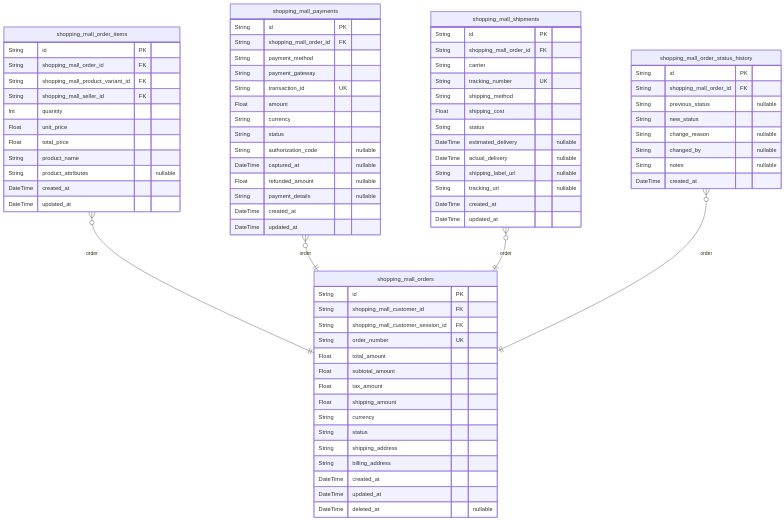
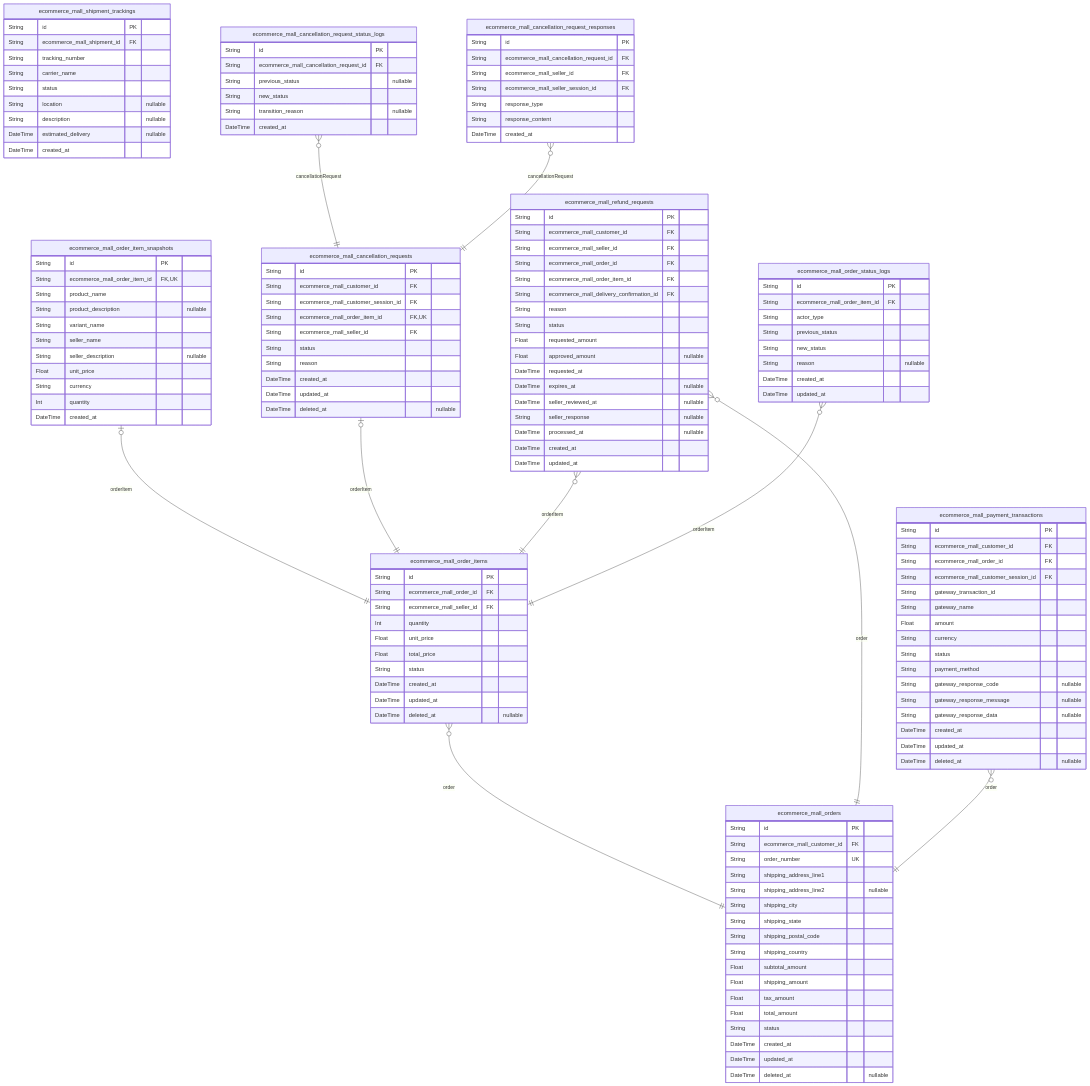
Before and after one commit to wrtnlabs/autobe-examples: the sixth of 10 diagrams in deepseek/deepseek-v3.1-terminus-exacto/shopping/docs/ERD.md, drawn with Mermaid. The commit also changed other lines of this file and 9391 other files, not shown here.

````diff
--- a/deepseek/deepseek-v3.1-terminus-exacto/shopping/docs/ERD.md
+++ b/deepseek/deepseek-v3.1-terminus-exacto/shopping/docs/ERD.md
@@ -901,78 +3053,143 @@
 ```mermaid
 erDiagram
-"shopping_mall_orders" {
+"ecommerce_mall_orders" {
   String id PK
-  String shopping_mall_customer_id FK
-  String shopping_mall_customer_session_id FK
+  String ecommerce_mall_customer_id FK
   String order_number UK
+  String shipping_address_line1
+  String shipping_address_line2 "nullable"
+  String shipping_city
+  String shipping_state
+  String shipping_postal_code
+  String shipping_country
+  Float subtotal_amount
+  Float shipping_amount
+  Float tax_amount
   Float total_amount
-  Float subtotal_amount
-  Float tax_amount
-  Float shipping_amount
-  String currency
   String status
-  String shipping_address
-  String billing_address
   DateTime created_at
   DateTime updated_at
   DateTime deleted_at "nullable"
 }
-"shopping_mall_order_items" {
+"ecommerce_mall_order_items" {
   String id PK
-  String shopping_mall_order_id FK
-  String shopping_mall_product_variant_id FK
-  String shopping_mall_seller_id FK
+  String ecommerce_mall_order_id FK
+  String ecommerce_mall_seller_id FK
   Int quantity
   Float unit_price
   Float total_price
+  String status
+  DateTime created_at
+  DateTime updated_at
+  DateTime deleted_at "nullable"
+}
+"ecommerce_mall_order_item_snapshots" {
+  String id PK
+  String ecommerce_mall_order_item_id FK,UK
   String product_name
-  String product_attributes "nullable"
+  String product_description "nullable"
+  String variant_name
+  String seller_name
+  String seller_description "nullable"
+  Float unit_price
+  String currency
+  Int quantity
+  DateTime created_at
+}
+"ecommerce_mall_shipment_trackings" {
+  String id PK
+  String ecommerce_mall_shipment_id FK
+  String tracking_number
+  String carrier_name
+  String status
+  String location "nullable"
+  String description "nullable"
+  DateTime estimated_delivery "nullable"
+  DateTime created_at
+}
+"ecommerce_mall_cancellation_requests" {
+  String id PK
+  String ecommerce_mall_customer_id FK
+  String ecommerce_mall_customer_session_id FK
+  String ecommerce_mall_order_item_id FK,UK
+  String ecommerce_mall_seller_id FK
+  String status
+  String reason
+  DateTime created_at
+  DateTime updated_at
+  DateTime deleted_at "nullable"
+}
+"ecommerce_mall_cancellation_request_status_logs" {
+  String id PK
+  String ecommerce_mall_cancellation_request_id FK
+  String previous_status "nullable"
+  String new_status
+  String transition_reason "nullable"
+  DateTime created_at
+}
+"ecommerce_mall_cancellation_request_responses" {
+  String id PK
+  String ecommerce_mall_cancellation_request_id FK
+  String ecommerce_mall_seller_id FK
+  String ecommerce_mall_seller_session_id FK
+  String response_type
+  String response_content
+  DateTime created_at
+}
+"ecommerce_mall_refund_requests" {
+  String id PK
+  String ecommerce_mall_customer_id FK
+  String ecommerce_mall_seller_id FK
+  String ecommerce_mall_order_id FK
+  String ecommerce_mall_order_item_id FK
+  String ecommerce_mall_delivery_confirmation_id FK
+  String reason
+  String status
+  Float requested_amount
+  Float approved_amount "nullable"
+  DateTime requested_at
+  DateTime expires_at "nullable"
+  DateTime seller_reviewed_at "nullable"
+  String seller_response "nullable"
+  DateTime processed_at "nullable"
   DateTime created_at
   DateTime updated_at
 }
-"shopping_mall_payments" {
+"ecommerce_mall_order_status_logs" {
   String id PK
-  String shopping_mall_order_id FK
-  String payment_method
-  String payment_gateway
-  String transaction_id UK
+  String ecommerce_mall_order_item_id FK
+  String actor_type
+  String previous_status
+  String new_status
+  String reason "nullable"
+  DateTime created_at
+  DateTime updated_at
+}
+"ecommerce_mall_payment_transactions" {
+  String id PK
+  String ecommerce_mall_customer_id FK
+  String ecommerce_mall_order_id FK
+  String ecommerce_mall_customer_session_id FK
+  String gateway_transaction_id
+  String gateway_name
   Float amount
   String currency
   String status
-  String authorization_code "nullable"
-  DateTime captured_at "nullable"
-  Float refunded_amount "nullable"
-  String payment_details "nullable"
+  String payment_method
+  String gateway_response_code "nullable"
+  String gateway_response_message "nullable"
+  String gateway_response_data "nullable"
   DateTime created_at
   DateTime updated_at
+  DateTime deleted_at "nullable"
 }
-"shopping_mall_shipments" {
-  String id PK
-  String shopping_mall_order_id FK
-  String carrier
-  String tracking_number UK
-  String shipping_method
-  Float shipping_cost
-  String status
-  DateTime estimated_delivery "nullable"
-  DateTime actual_delivery "nullable"
-  String shipping_label_url "nullable"
-  String tracking_url "nullable"
-  DateTime created_at
-  DateTime updated_at
-}
-"shopping_mall_order_status_history" {
-  String id PK
-  String shopping_mall_order_id FK
-  String previous_status "nullable"
-  String new_status
-  String change_reason "nullable"
-  String changed_by "nullable"
-  String notes "nullable"
-  DateTime created_at
-}
-"shopping_mall_order_items" }o--|| "shopping_mall_orders" : order
-"shopping_mall_payments" }o--|| "shopping_mall_orders" : order
-"shopping_mall_shipments" }o--|| "shopping_mall_orders" : order
-"shopping_mall_order_status_history" }o--|| "shopping_mall_orders" : order
+"ecommerce_mall_order_items" }o--|| "ecommerce_mall_orders" : order
+"ecommerce_mall_order_item_snapshots" |o--|| "ecommerce_mall_order_items" : orderItem
+"ecommerce_mall_cancellation_requests" |o--|| "ecommerce_mall_order_items" : orderItem
+"ecommerce_mall_cancellation_request_status_logs" }o--|| "ecommerce_mall_cancellation_requests" : cancellationRequest
+"ecommerce_mall_cancellation_request_responses" }o--|| "ecommerce_mall_cancellation_requests" : cancellationRequest
+"ecommerce_mall_refund_requests" }o--|| "ecommerce_mall_orders" : order
+"ecommerce_mall_refund_requests" }o--|| "ecommerce_mall_order_items" : orderItem
+"ecommerce_mall_order_status_logs" }o--|| "ecommerce_mall_order_items" : orderItem
+"ecommerce_mall_payment_transactions" }o--|| "ecommerce_mall_orders" : order
 ```
````
